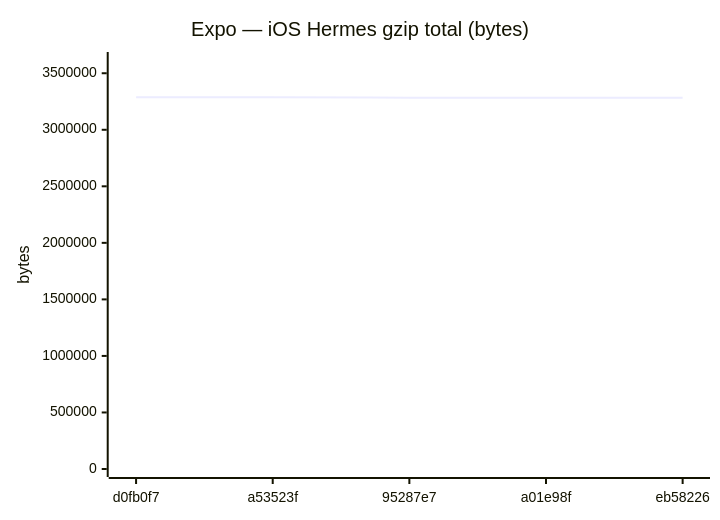
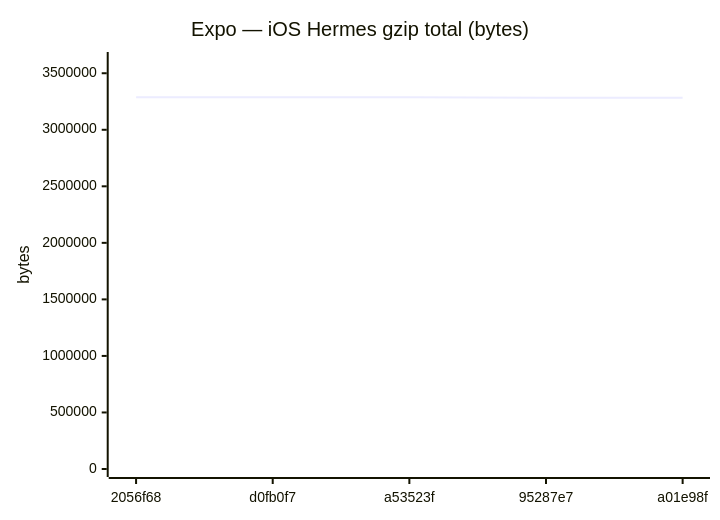
Diagram 12 of 18 in benchmarks/compare.md (Metaheurist/Rianell), drawn with Mermaid before and after one commit. The commit also changed other lines of this file and 11 other files, not shown here.

````diff
--- a/benchmarks/compare.md
+++ b/benchmarks/compare.md
@@ -179,7 +179,7 @@
 ```mermaid
 xychart-beta
     title "Expo — iOS Hermes gzip total (bytes)"
-    x-axis ["d0fb0f7", "a53523f", "95287e7", "a01e98f", "eb58226"]
+    x-axis ["2056f68", "d0fb0f7", "a53523f", "95287e7", "a01e98f"]
     y-axis "bytes" 0 --> 3617100
-    line [3288272, 3288270, 3283767, 3283770, 3283769]
+    line [3288270, 3288272, 3288270, 3283767, 3283770]
 ```
````
